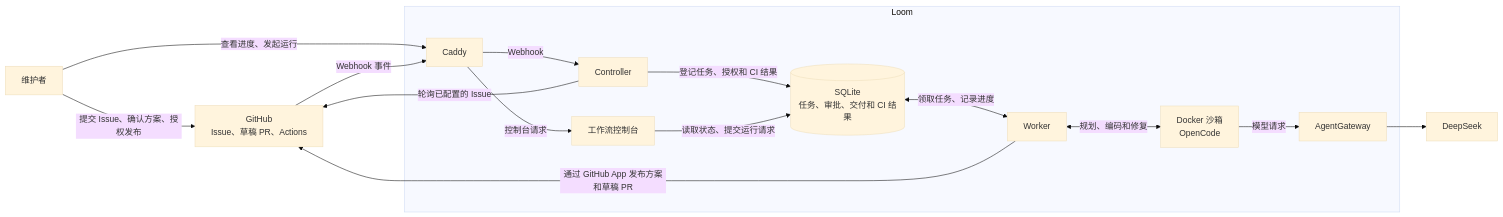
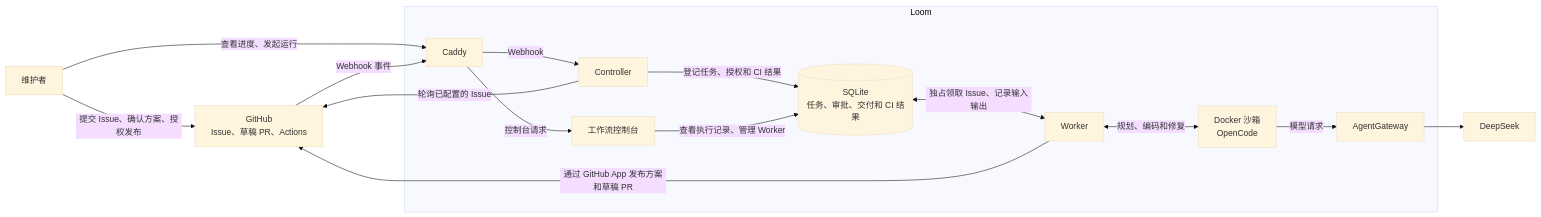
One commit to LeeJim/loom changed the second of 2 diagrams in README.md. Above: the diagram before and after it, drawn with Mermaid (base theme). The commit also changed other lines of this file and 19 other files, not shown here.

````diff
--- a/README.md
+++ b/README.md
@@ -28,31 +33,31 @@
 ```mermaid
 flowchart LR
     maintainer["维护者"]
     github["GitHub<br/>Issue、草稿 PR、Actions"]
     deepseek["DeepSeek"]
 
     subgraph loom["Loom"]
         caddy["Caddy"]
         controller["Controller"]
         console["工作流控制台"]
         db[("SQLite<br/>任务、审批、交付和 CI 结果")]
         worker["Worker"]
         sandbox["Docker 沙箱<br/>OpenCode"]
         gateway["AgentGateway"]
 
         caddy -->|Webhook| controller
         caddy -->|控制台请求| console
         controller -->|登记任务、授权和 CI 结果| db
-        console -->|读取状态、提交运行请求| db
-        db <-->|领取任务、记录进度| worker
+        console -->|查看执行记录、管理 Worker| db
+        db <-->|独占领取 Issue、记录输入输出| worker
         worker <-->|规划、编码和修复| sandbox
         sandbox -->|模型请求| gateway
     end
 
     maintainer -->|提交 Issue、确认方案、授权发布| github
     maintainer -->|查看进度、发起运行| caddy
     github -->|Webhook 事件| caddy
     controller -->|轮询已配置的 Issue| github
     worker -->|通过 GitHub App 发布方案和草稿 PR| github
     gateway --> deepseek
 ```
````
